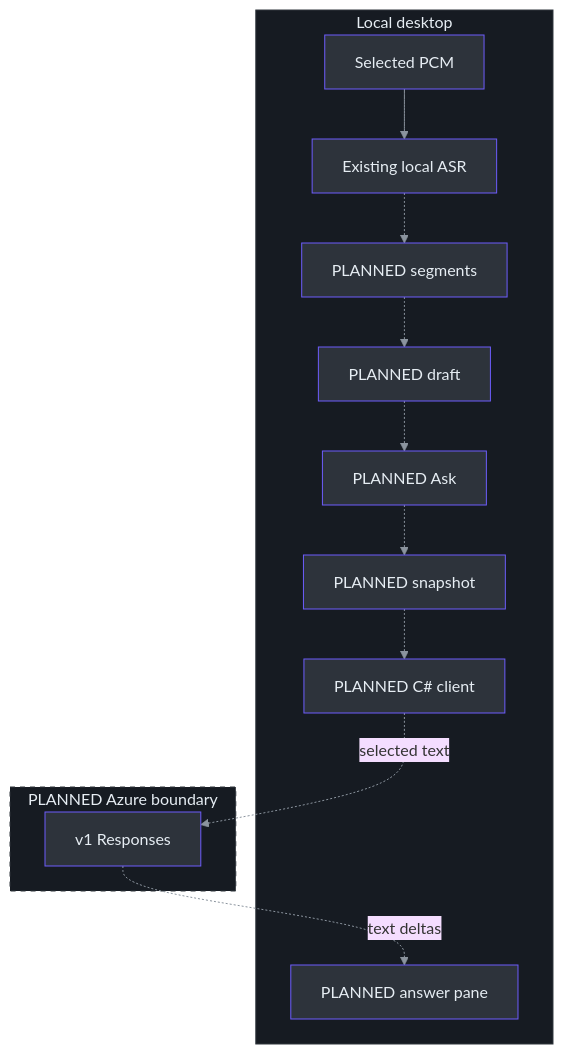
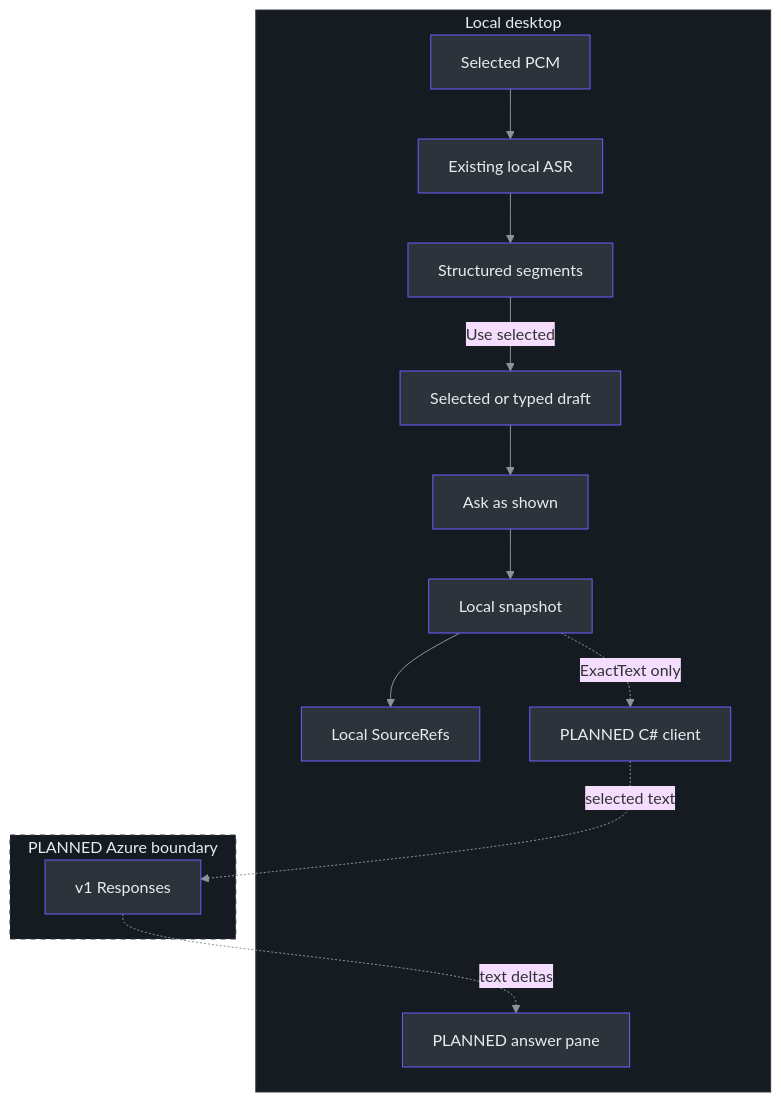
The diagram in docs/handbook/assets/diagrams/13-proposed-azure-answer-flow-01.mmd (Zanark/phantom-fudge), drawn with Mermaid before and after one commit. The commit also changed 107 other files, not shown here.

```diff
--- a/docs/handbook/assets/diagrams/13-proposed-azure-answer-flow-01.mmd
+++ b/docs/handbook/assets/diagrams/13-proposed-azure-answer-flow-01.mmd
@@ -1,36 +1,38 @@
 ---
 config:
   theme: base
   themeVariables:
     lineColor: "#8b949e"
     textColor: "#e6edf3"
 ---
 flowchart TB
-    accTitle: PLANNED explicit-question Azure boundary
-    accDescr: Existing local speech feeds a planned structured draft; only an explicit immutable question crosses to Azure.
+    accTitle: Implemented local snapshot and PLANNED Azure boundary
+    accDescr: Solid local paths end at a frozen question with local provenance. Dashed planned paths would send only ExactText to an approved Azure provider.
     subgraph Local["Local desktop"]
         PCM["Selected PCM"] --> ASR["Existing local ASR"]
-        ASR -.-> Store["PLANNED segments"]
-        Store -.-> Draft["PLANNED draft"]
-        Draft -.-> Ask["PLANNED Ask"]
-        Ask -.-> Frozen["PLANNED snapshot"]
-        Frozen -.-> Client["PLANNED C# client"]
+        ASR --> Store["Structured segments"]
+        Store -->|Use selected| Draft["Selected or typed draft"]
+        Draft --> Ask["Ask as shown"]
+        Ask --> Frozen["Local snapshot"]
+        Frozen --> Refs["Local SourceRefs"]
+        Frozen -. ExactText only .-> Client["PLANNED C# client"]
         Answer["PLANNED answer pane"]
     end
     subgraph Cloud["PLANNED Azure boundary"]
         API["v1 Responses"]
     end
     Client -. selected text .-> API
     API -. text deltas .-> Answer
     style PCM fill:#2d333b,stroke:#6d5dfc,color:#e6edf3
     style ASR fill:#2d333b,stroke:#6d5dfc,color:#e6edf3
     style Store fill:#2d333b,stroke:#6d5dfc,color:#e6edf3
     style Draft fill:#2d333b,stroke:#6d5dfc,color:#e6edf3
     style Ask fill:#2d333b,stroke:#6d5dfc,color:#e6edf3
     style Frozen fill:#2d333b,stroke:#6d5dfc,color:#e6edf3
+    style Refs fill:#2d333b,stroke:#6d5dfc,color:#e6edf3
     style Client fill:#2d333b,stroke:#6d5dfc,color:#e6edf3
     style Answer fill:#2d333b,stroke:#6d5dfc,color:#e6edf3
     style API fill:#2d333b,stroke:#6d5dfc,color:#e6edf3
     style Local fill:#161b22,stroke:#30363d,color:#e6edf3
     style Cloud fill:#161b22,stroke:#30363d,color:#e6edf3,stroke-dasharray:5 5
     linkStyle default stroke:#8b949e
```
